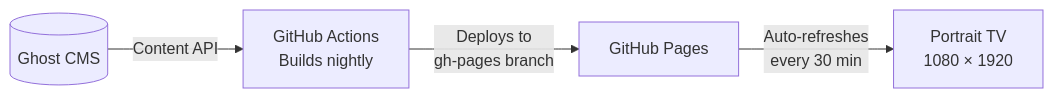
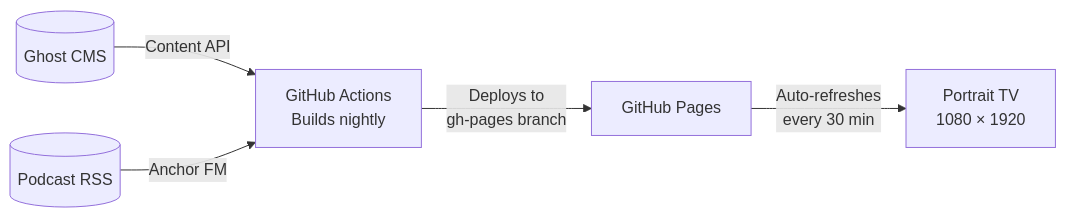
One commit to inovus-labs/kiosk.inovuslabs.org changed the diagram in README.md. Above: the diagram before and after it, drawn with Mermaid. The commit also changed other lines of this file, not shown here.

Commit message:
feat: Integrate podcast RSS feed into README and update content descriptions

````diff
--- a/README.md
+++ b/README.md
@@ -15,6 +13,7 @@
 ```mermaid
 flowchart LR
     A[(Ghost CMS)] -->|Content API| B[GitHub Actions\nBuilds nightly]
+    E[(Podcast RSS)] -->|Anchor FM| B
     B -->|Deploys to\ngh-pages branch| C[GitHub Pages]
     C -->|Auto-refreshes\nevery 30 min| D[Portrait TV\n1080 × 1920]
 ```
````
